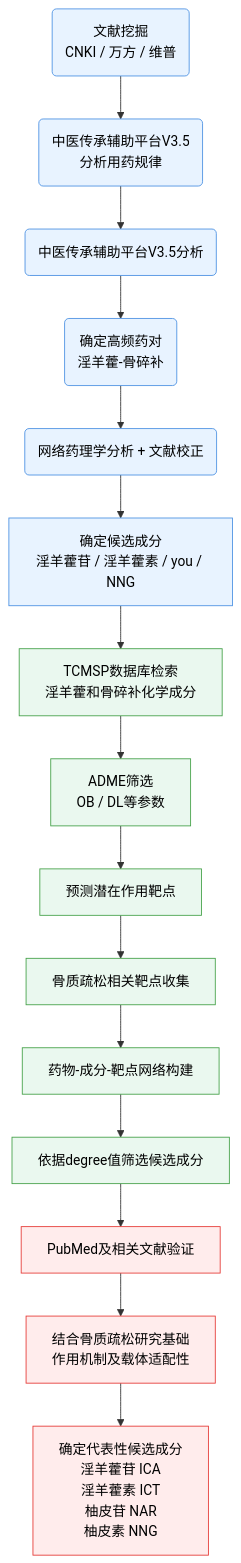
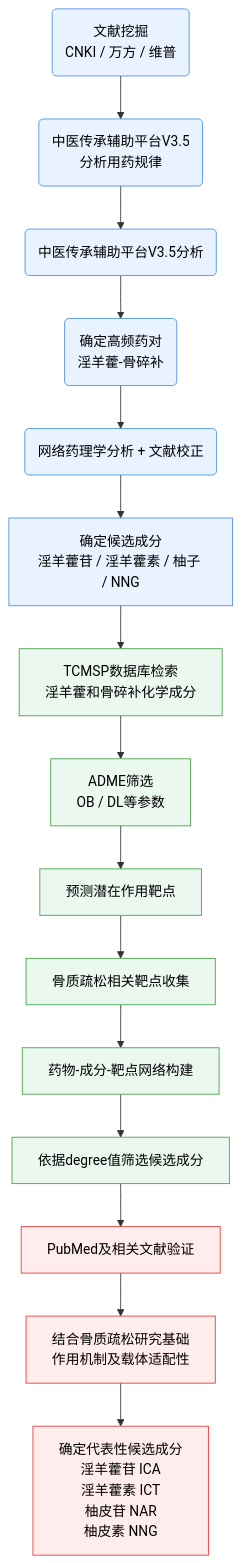
The diagram in all/未命名-1.md (Yaotian99/iodraw-files), drawn with Mermaid before and after one commit.

Commit message:
2026-06-24 08:59:37 update

````diff
--- a/all/未命名-1.md
+++ b/all/未命名-1.md
@@ -1,29 +1,29 @@
 ```mermaid
 graph TD
 
 A1(文献挖掘<br/>CNKI / 万方 / 维普) --> A2(中医传承辅助平台V3.5<br/>分析用药规律)
 A2 --> A3(中医传承辅助平台V3.5分析)
 A3 --> A4(确定高频药对<br/>淫羊藿-骨碎补)
 A4 --> A5(网络药理学分析 + 文献校正)
-A5 --> A6[确定候选成分<br/>淫羊藿苷 / 淫羊藿素 / you / NNG]
+A5 --> A6[确定候选成分<br/>淫羊藿苷 / 淫羊藿素 / 柚子 / NNG]
 
 A6 --> B1[TCMSP数据库检索<br/>淫羊藿和骨碎补化学成分]
 B1 --> B2[ADME筛选<br/>OB / DL等参数]
 B2 --> B3[预测潜在作用靶点]
 B3 --> B4[骨质疏松相关靶点收集]
 B4 --> B5[药物-成分-靶点网络构建]
 B5 --> B6[依据degree值筛选候选成分]
 
 B6 --> C1[PubMed及相关文献验证]
 C1 --> C2[结合骨质疏松研究基础<br/>作用机制及载体适配性]
 C2 --> C3[确定代表性候选成分<br/>淫羊藿苷 ICA<br/>淫羊藿素 ICT<br/>柚皮苷 NAR<br/>柚皮素 NNG]
 
 classDef basis fill:#E8F3FF,stroke:#4A90E2,stroke-width:1px,color:#000;
 classDef network fill:#EAF8EF,stroke:#43A047,stroke-width:1px,color:#000;
 classDef result fill:#FFECEC,stroke:#E53935,stroke-width:1px,color:#000;
 
 class A1,A2,A3,A4,A5,A6 basis;
 class B1,B2,B3,B4,B5,B6 network;
 class C1,C2,C3 result;
   
 ```
````
